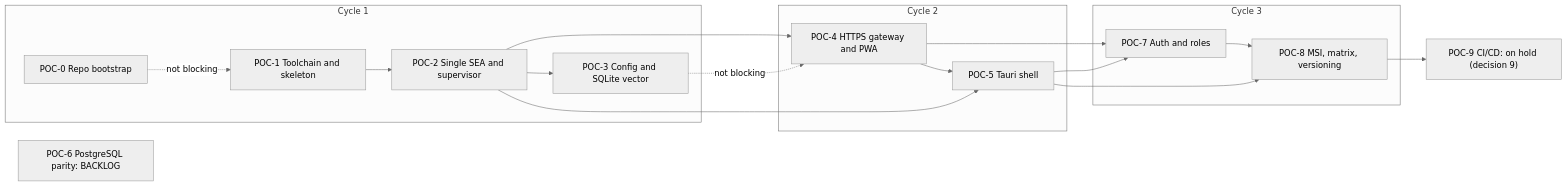
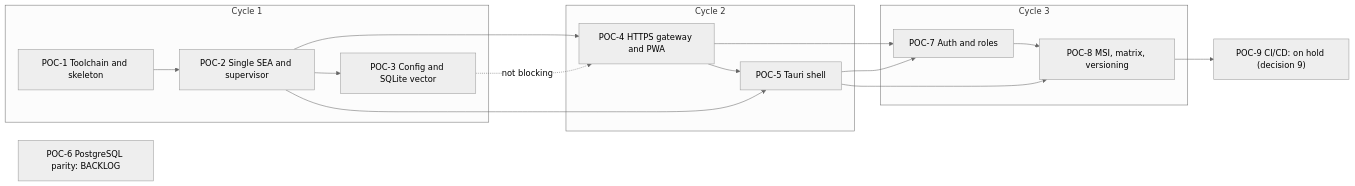
One commit to virgenherrera/lan-solution-template changed the diagram in docs/backlog/README.md. Above: the diagram before and after it, drawn with Mermaid (neutral theme). The commit also changed other lines of this file and 6 other files, not shown here.

````diff
--- a/docs/backlog/README.md
+++ b/docs/backlog/README.md
@@ -30,26 +30,25 @@
 ```mermaid
 flowchart LR
   subgraph C1["Cycle 1"]
-    P0["POC-0 Repo bootstrap"] -.->|"not blocking"| P1["POC-1 Toolchain and skeleton"]
-    P1 --> P2["POC-2 Single SEA and supervisor"]
+    P1["POC-1 Toolchain and skeleton"] --> P2["POC-2 Single SEA and supervisor"]
     P2 --> P3["POC-3 Config and SQLite vector"]
   end
   subgraph C2["Cycle 2"]
     P4["POC-4 HTTPS gateway and PWA"]
     P5["POC-5 Tauri shell"]
     P4 --> P5
   end
   subgraph C3["Cycle 3"]
     P7["POC-7 Auth and roles"]
     P8["POC-8 MSI, matrix, versioning"]
     P7 --> P8
   end
   P2 --> P4
   P3 -.->|"not blocking"| P4
   P2 --> P5
   P4 --> P7
   P5 --> P7
   P5 --> P8
   P8 --> P9["POC-9 CI/CD: on hold (decision 9)"]
   P6["POC-6 PostgreSQL parity: BACKLOG"]
 ```
````
